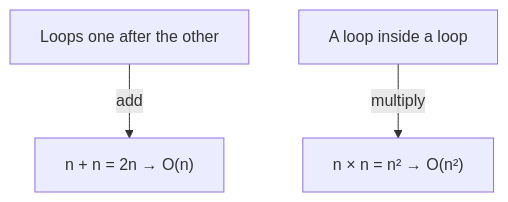
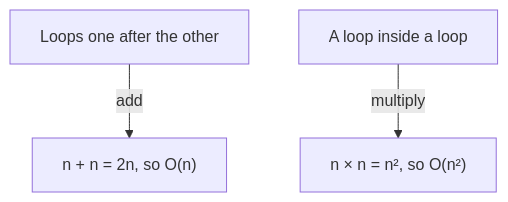
Before and after one commit to callasalvatore/csharp-algorithms: the sixth of 12 diagrams in lessons/00-big-o/README.md, drawn with Mermaid. The commit also changed other lines of this file and 4 other files, not shown here.

````diff
--- a/lessons/00-big-o/README.md
+++ b/lessons/00-big-o/README.md
@@ -299,5 +274,5 @@
 ```mermaid
 flowchart TB
-    A["Loops one after the other"] -->|"add"| B["n + n = 2n → O(n)"]
-    C["A loop inside a loop"] -->|"multiply"| D["n × n = n² → O(n²)"]
+    A["Loops one after the other"] -->|"add"| B["n + n = 2n, so O(n)"]
+    C["A loop inside a loop"] -->|"multiply"| D["n × n = n², so O(n²)"]
 ```
````
